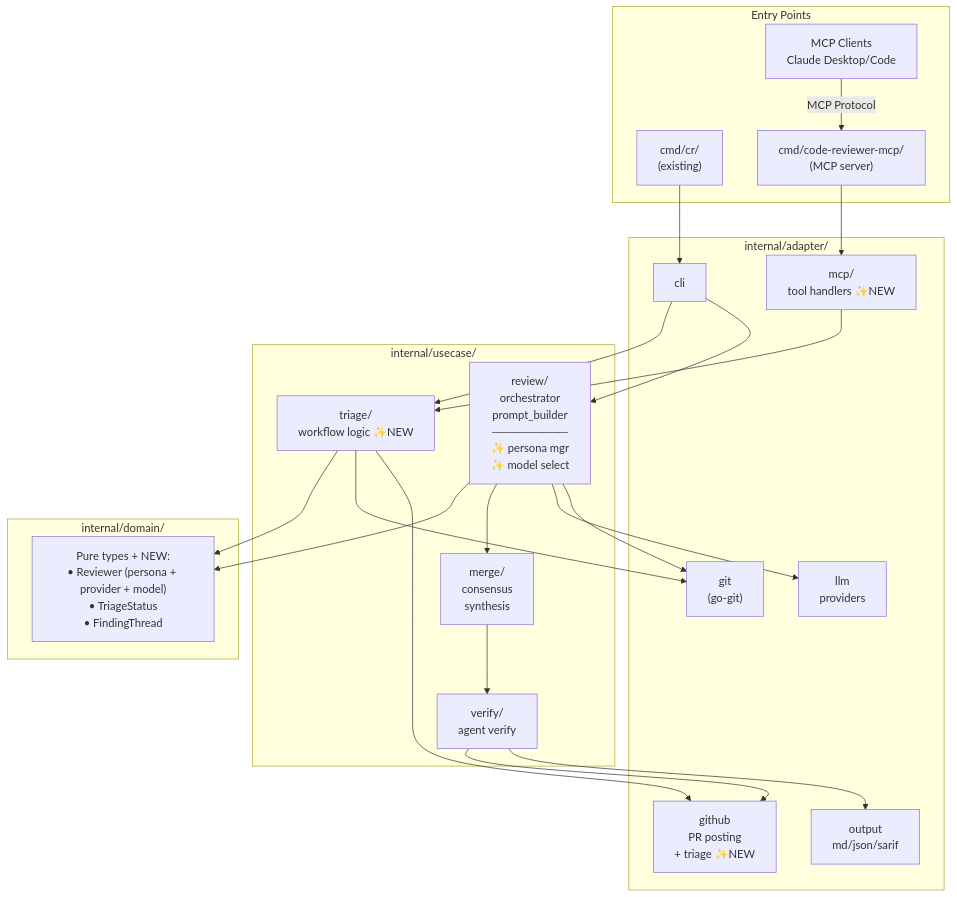
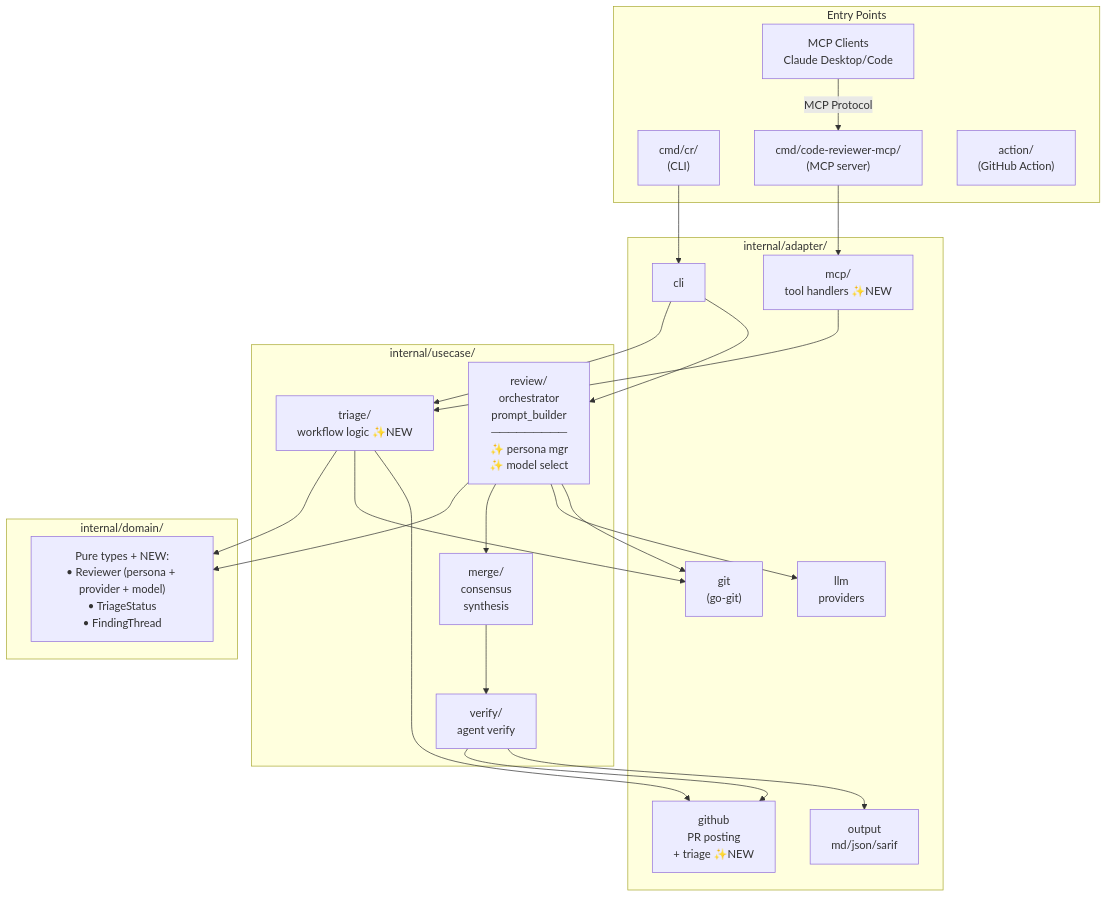
One commit to delightfulhammers/bop changed the second of 6 diagrams in docs/design/02-ARCHITECTURE.md. Above: the diagram before and after it, drawn with Mermaid. The commit also changed other lines of this file and 2 other files, not shown here.

````diff
--- a/docs/design/02-ARCHITECTURE.md
+++ b/docs/design/02-ARCHITECTURE.md
@@ -81,45 +81,46 @@
 ```mermaid
 graph TB
     subgraph Entry["Entry Points"]
-        CLI["cmd/cr/<br/>(existing)"]
+        CLI["cmd/cr/<br/>(CLI)"]
         MCP_Server["cmd/code-reviewer-mcp/<br/>(MCP server)"]
         MCP_Clients["MCP Clients<br/>Claude Desktop/Code"]
+        Action["action/<br/>(GitHub Action)"]
     end
 
     subgraph Adapters["internal/adapter/"]
         CLI_Adapter["cli"]
         Git["git<br/>(go-git)"]
         LLM["llm<br/>providers"]
         Output["output<br/>md/json/sarif"]
         GitHub["github<br/>PR posting<br/>+ triage ✨NEW"]
         MCP_Handlers["mcp/<br/>tool handlers ✨NEW"]
     end
 
     subgraph UseCases["internal/usecase/"]
         Review["review/<br/>orchestrator<br/>prompt_builder<br/>─────────<br/>✨ persona mgr<br/>✨ model select"]
         Merge["merge/<br/>consensus<br/>synthesis"]
         Verify["verify/<br/>agent verify"]
         Triage["triage/<br/>workflow logic ✨NEW"]
     end
 
     subgraph Domain["internal/domain/"]
         Types["Pure types + NEW:<br/>• Reviewer (persona + provider + model)<br/>• TriageStatus<br/>• FindingThread"]
     end
 
     MCP_Clients -->|"MCP Protocol"| MCP_Server
     MCP_Server --> MCP_Handlers
     MCP_Handlers --> Triage
     CLI --> CLI_Adapter
     CLI_Adapter --> Review
     CLI_Adapter --> Triage
     Review --> Git
     Review --> LLM
     Review --> Merge
     Merge --> Verify
     Verify --> Output
     Verify --> GitHub
     Triage --> GitHub
     Triage --> Git
     Review --> Types
     Triage --> Types
 ```
````
